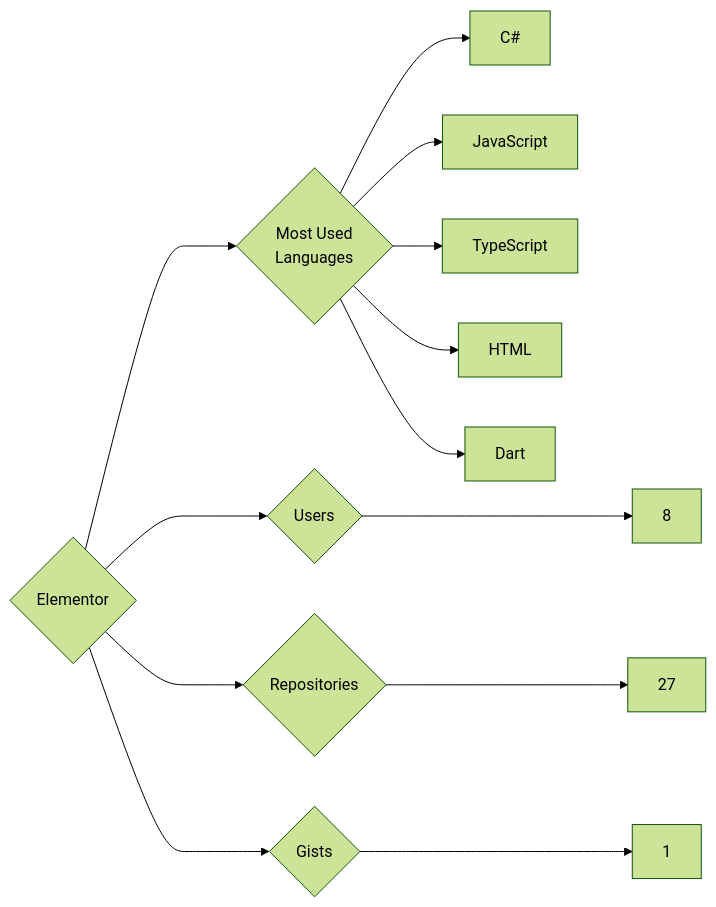
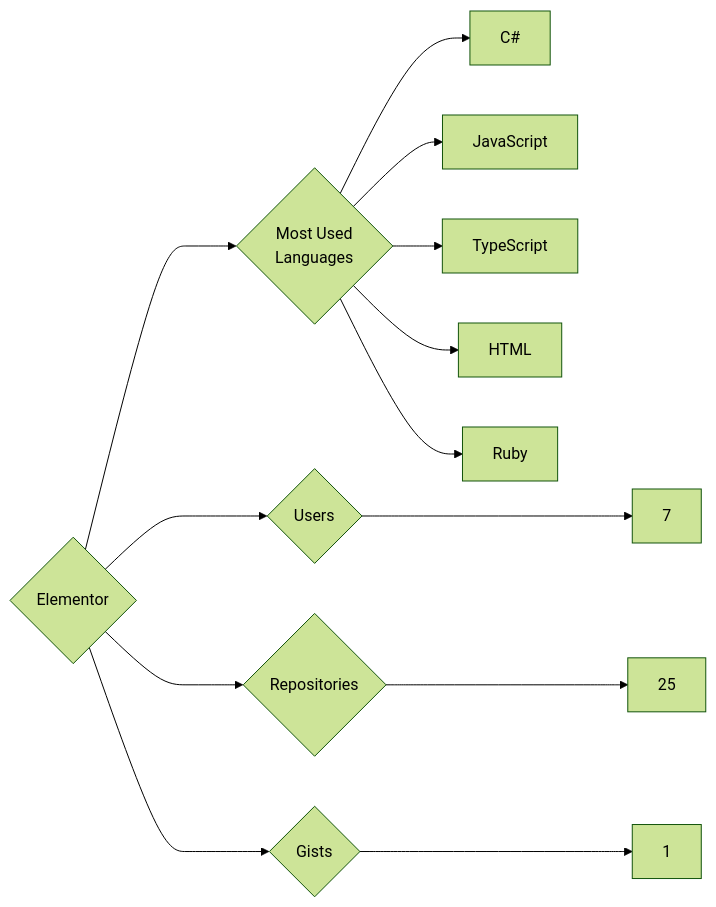
Before and after one commit to trickest/insiders: the diagram in targets/Elementor/README.md, drawn with Mermaid (forest theme). The commit also changed 938 other files, not shown here.

````diff
--- a/targets/Elementor/README.md
+++ b/targets/Elementor/README.md
@@ -3,13 +3,13 @@
 ```mermaid
 graph LR
 COMPANY_NAME{Elementor}
-COMPANY_NAME ---> U{Users} ---> UN[8]
-COMPANY_NAME ---> R{Repositories} ---> RN[27]
+COMPANY_NAME ---> U{Users} ---> UN[7]
+COMPANY_NAME ---> R{Repositories} ---> RN[25]
 COMPANY_NAME ---> G{Gists} ---> GN[1]
 COMPANY_NAME ---> ML{Most Used<br>Languages}
 ML --> C#[C#]
 ML --> JavaScript[JavaScript]
 ML --> TypeScript[TypeScript]
 ML --> HTML[HTML]
-ML --> Dart[Dart]
+ML --> Ruby[Ruby]
 ```
````
